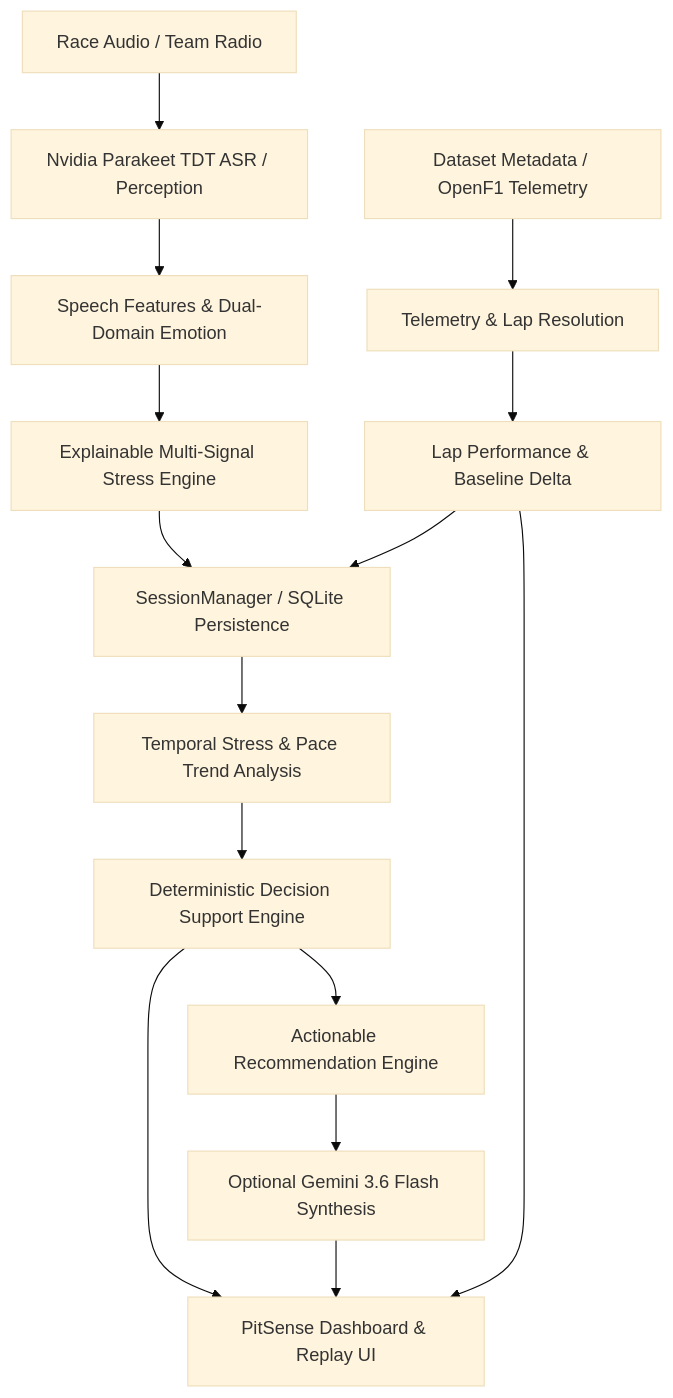
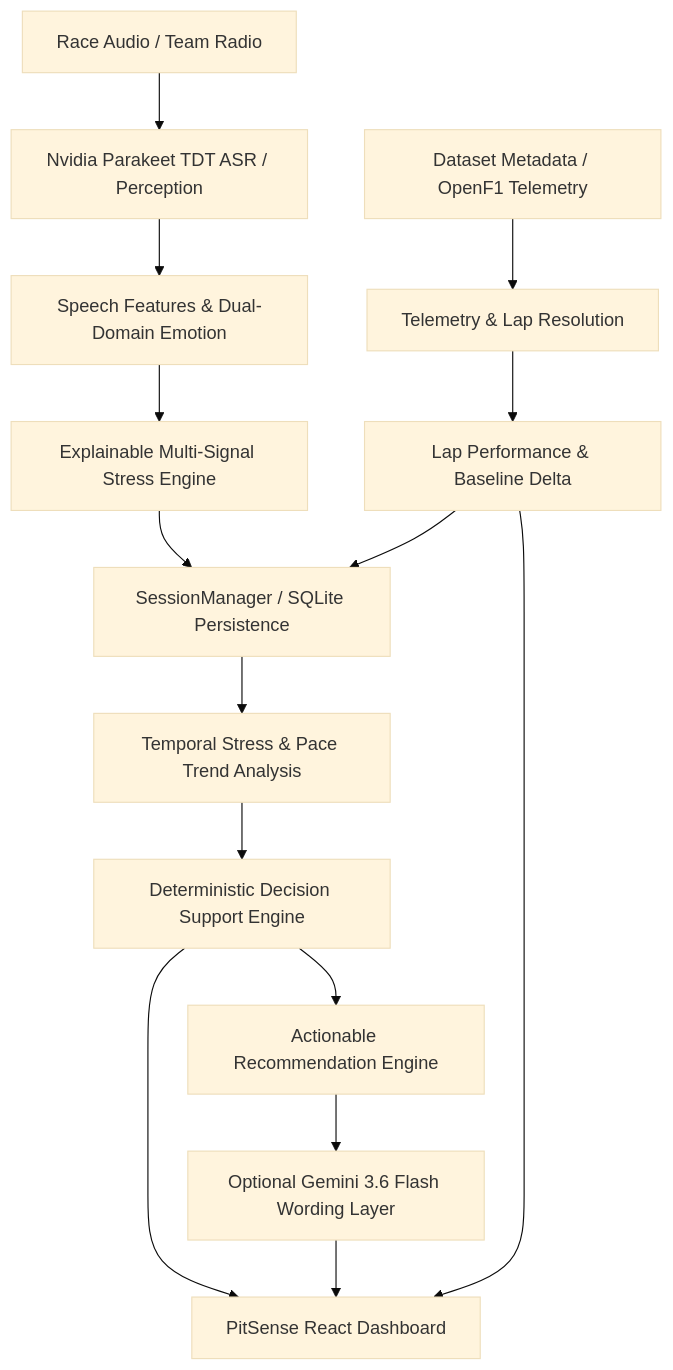
Before and after one commit to abhinavg138/PitSense: the diagram in README.md, drawn with Mermaid (base theme). The commit also changed other lines of this file and 9 other files, not shown here.

Commit message:
Prepare PitSense for team setup

````diff
--- a/README.md
+++ b/README.md
@@ -24,21 +147,21 @@
 ```mermaid
 flowchart TD
     A[Race Audio / Team Radio] --> B[Nvidia Parakeet TDT ASR / Perception]
     B --> C[Speech Features & Dual-Domain Emotion]
     C --> D[Explainable Multi-Signal Stress Engine]
 
     E[Dataset Metadata / OpenF1 Telemetry] --> F[Telemetry & Lap Resolution]
     F --> G[Lap Performance & Baseline Delta]
 
     D --> H[SessionManager / SQLite Persistence]
     G --> H
 
     H --> I[Temporal Stress & Pace Trend Analysis]
     I --> J[Deterministic Decision Support Engine]
     J --> K[Actionable Recommendation Engine]
-    K --> L[Optional Gemini 3.6 Flash Synthesis]
+    K --> L[Optional Gemini 3.6 Flash Wording Layer]
 
-    J --> M[PitSense Dashboard & Replay UI]
+    J --> M[PitSense React Dashboard]
     L --> M
     G --> M
 ```
````
